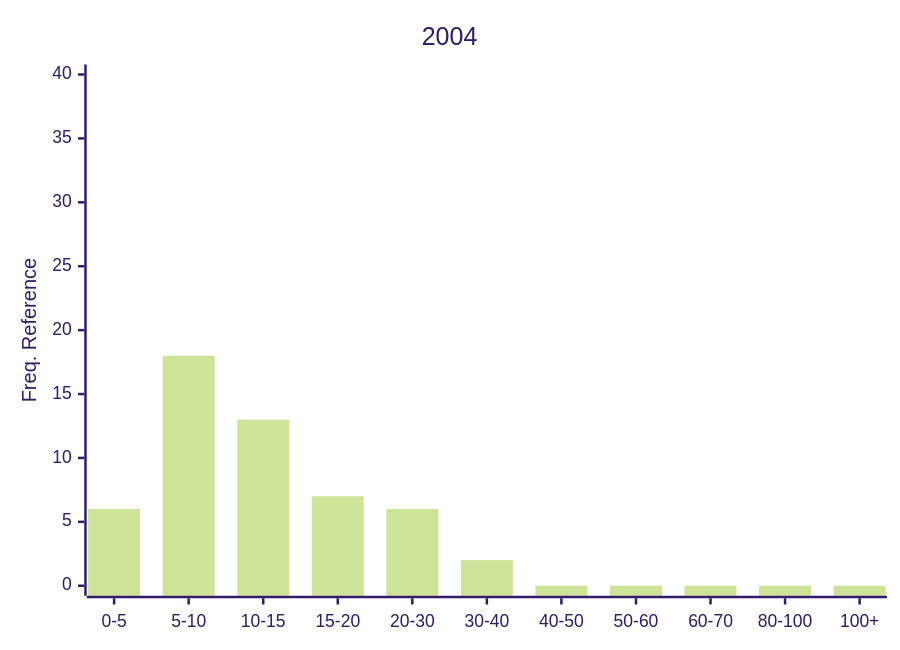
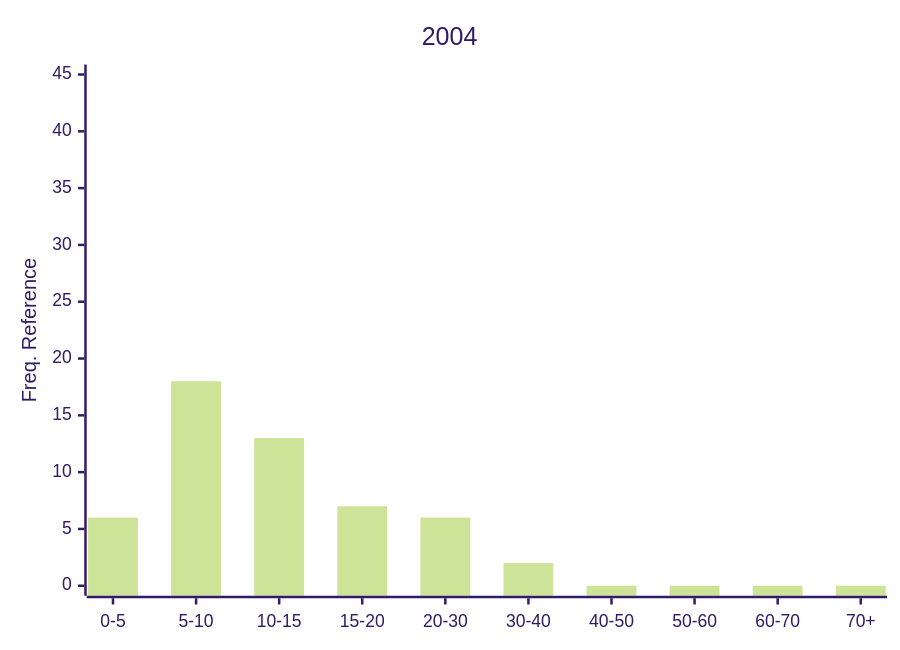
Before and after one commit to Nemus-Project/fair-nime-2026: the eighth of 29 diagrams in README.md, drawn with Mermaid (forest theme). The commit also changed other lines of this file, not shown here.

Commit message:
add freq charts

````diff
--- a/README.md
+++ b/README.md
@@ -502,7 +505,7 @@
 ```mermaid
 xychart-beta
     title "2004"
-    x-axis ["0-5", "5-10", "10-15", "15-20", "20-30", "30-40", "40-50", "50-60", "60-70", "80-100", "100+"]
-    y-axis "Freq. Reference" 0 --> 40
-    bar [6, 18, 13, 7, 6, 2, 0, 0, 0, 0, 0]
+    x-axis ["0-5", "5-10", "10-15", "15-20", "20-30", "30-40", "40-50", "50-60", "60-70", "70+"]
+    y-axis "Freq. Reference" 0 --> 45
+    bar [6, 18, 13, 7, 6, 2, 0, 0, 0, 0]
 ```    
````
